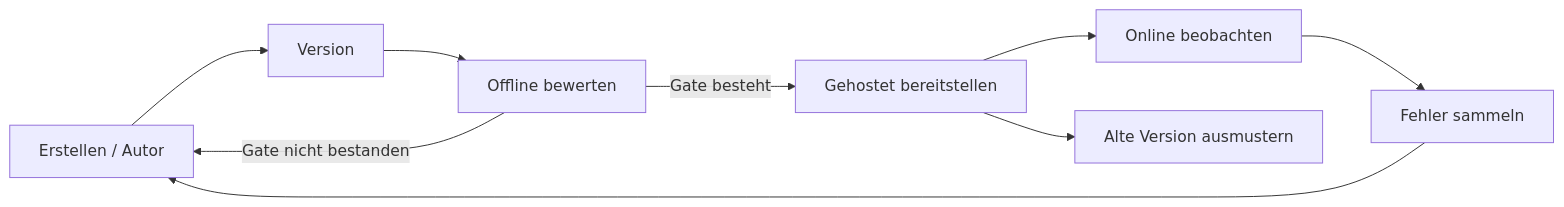
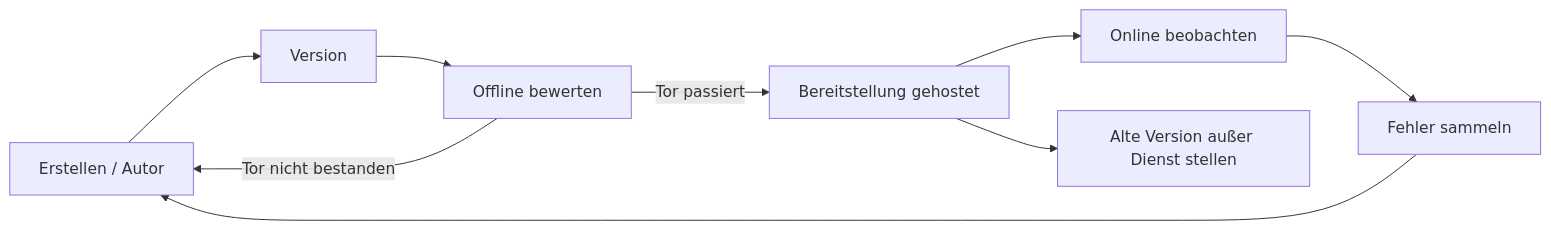
The second of 4 diagrams in mirrors/repos/microsoft@ai-agents-for-beginners/translations/de/16-deploying-scalable-agents/README.md (gabrielmoreira/agent-skills-mirror), drawn with Mermaid before and after one commit. The commit also changed other lines of this file and 3581 other files, not shown here.

````diff
--- a/mirrors/repos/microsoft@ai-agents-for-beginners/translations/de/16-deploying-scalable-agents/README.md
+++ b/mirrors/repos/microsoft@ai-agents-for-beginners/translations/de/16-deploying-scalable-agents/README.md
@@ -108,11 +108,11 @@
 ```mermaid
 flowchart LR
     Create[Erstellen / Autor] --> Version[Version]
     Version --> Evaluate[Offline bewerten]
-    Evaluate -->|Gate besteht| Deploy[Gehostet bereitstellen]
-    Evaluate -->|Gate nicht bestanden| Create
+    Evaluate -->|Tor passiert| Deploy[Bereitstellung gehostet]
+    Evaluate -->|Tor nicht bestanden| Create
     Deploy --> Observe[Online beobachten]
     Observe --> Improve[Fehler sammeln]
     Improve --> Create
-    Deploy --> Retire[Alte Version ausmustern]
+    Deploy --> Retire[Alte Version außer Dienst stellen]
 ```
````
